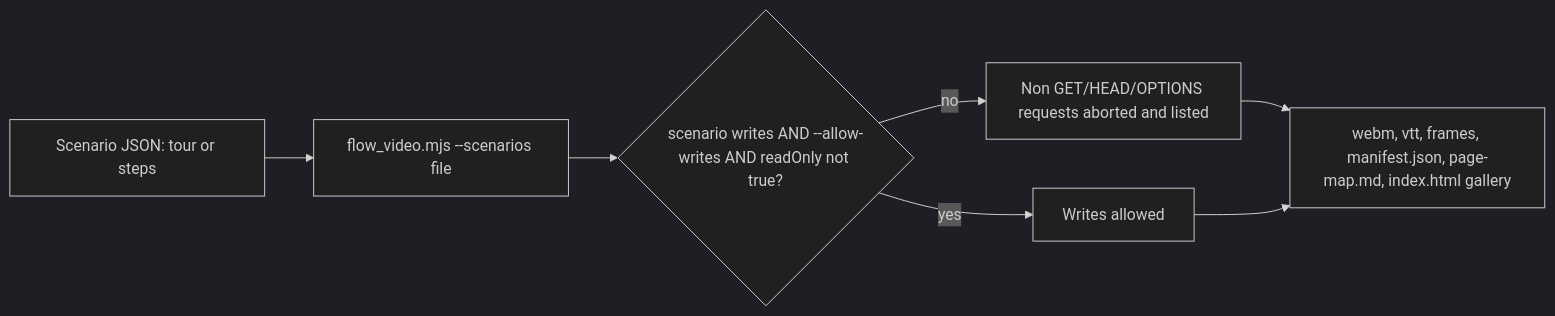
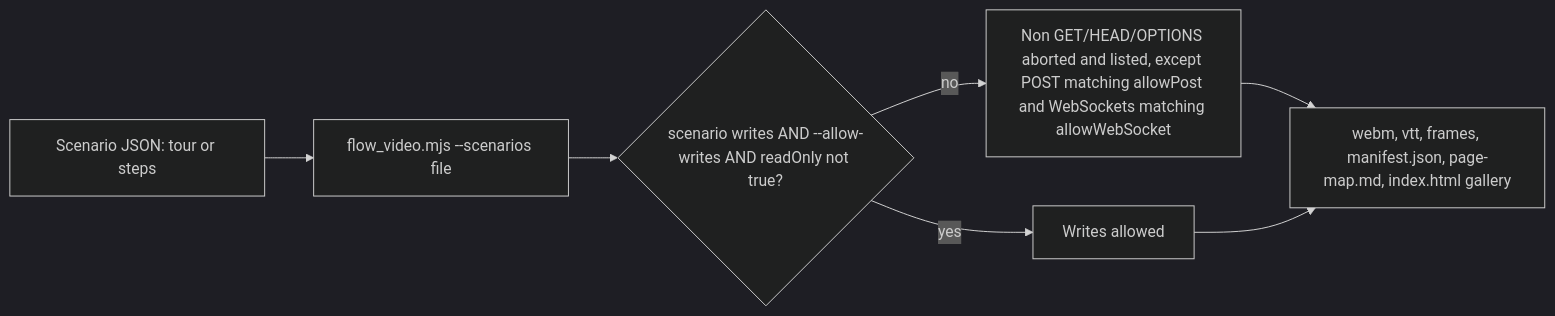
Before and after one commit to bookchaowalit/platform-agent-skills: the fourth of 4 diagrams in docs/diagrams/03-user-flows.md, drawn with Mermaid (dark theme). The commit also changed 1 other file, not shown here.

Commit message:
docs: correct Core 22 pack per Codex review

````diff
--- a/docs/diagrams/03-user-flows.md
+++ b/docs/diagrams/03-user-flows.md
@@ -61,9 +61,9 @@
 ```mermaid
 flowchart LR
     A["Scenario JSON: tour or steps"] --> B["flow_video.mjs --scenarios file"]
     B --> C{"scenario writes AND --allow-writes AND readOnly not true?"}
-    C -->|no| D["Non GET/HEAD/OPTIONS requests aborted and listed"]
+    C -->|no| D["Non GET/HEAD/OPTIONS aborted and listed, except POST matching allowPost and WebSockets matching allowWebSocket"]
     C -->|yes| E["Writes allowed"]
     D --> F["webm, vtt, frames, manifest.json, page-map.md, index.html gallery"]
     E --> F
 ```
````
